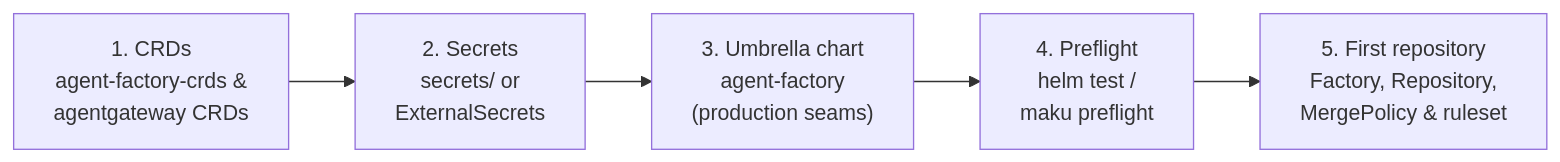
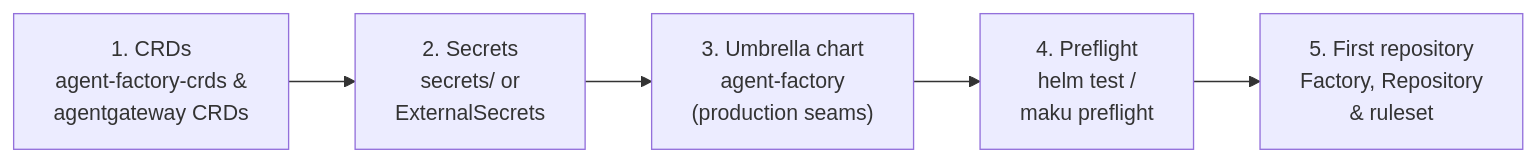
One commit to Smana/maku changed the diagram in docs/install.md. Above: the diagram before and after it, drawn with Mermaid. The commit also changed 3 other files, not shown here.

Commit message:
docs: drop the MergePolicy apply step from onboarding, the /maku Slack mention and a stale Now-line hint (#749)

````diff
--- a/docs/install.md
+++ b/docs/install.md
@@ -9,7 +9,7 @@
 ```mermaid
 flowchart LR
   crds["1. CRDs\nagent-factory-crds &\nagentgateway CRDs"] --> secrets["2. Secrets\nsecrets/ or\nExternalSecrets"]
   secrets --> umbrella["3. Umbrella chart\nagent-factory\n(production seams)"]
   umbrella --> preflight["4. Preflight\nhelm test /\nmaku preflight"]
-  preflight --> repo["5. First repository\nFactory, Repository,\nMergePolicy & ruleset"]
+  preflight --> repo["5. First repository\nFactory, Repository\n& ruleset"]
 ```
````
